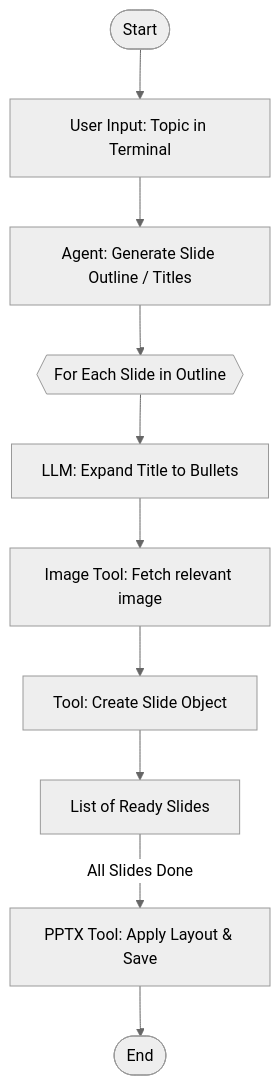
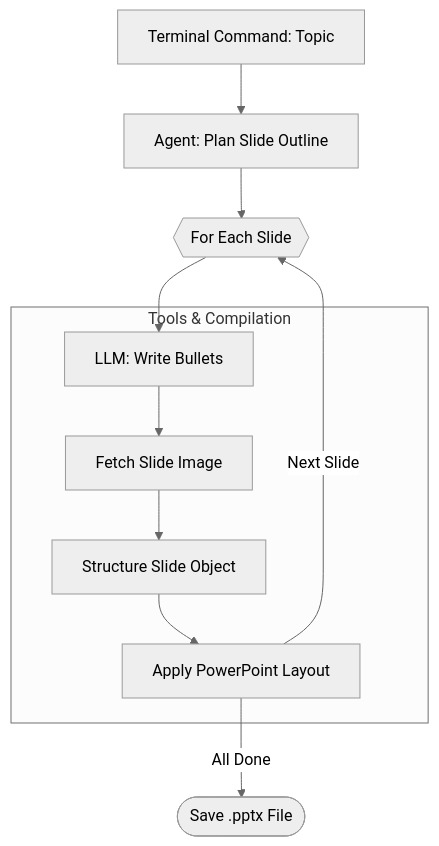
The diagram in README.md (harsh-0409/ppt_agent), drawn with Mermaid (neutral theme) before and after one commit. The commit also changed other lines of this file, not shown here.

````diff
--- a/README.md
+++ b/README.md
@@ -71,19 +68,18 @@
 ```mermaid
 flowchart TD
-    Start([Start])
-    Input[User Input: Topic in Terminal]
-    Plan[Agent: Generate Slide Outline / Titles]
-    loopStart{{For Each Slide in Outline}}
-    Expand[LLM: Expand Title to Bullets]
-    Images[Image Tool: Fetch relevant image]
-    Structure[Tool: Create Slide Object]
-    Compile[List of Ready Slides]
-    Builder[PPTX Tool: Apply Layout & Save]
-    End([End])
-
-    Start --> Input --> Plan --> loopStart
+    Input[Terminal Command: Topic] --> Plan[Agent: Plan Slide Outline]
+    Plan --> loopStart{{For Each Slide}}
+    
+    subgraph tools.py [Tools & Compilation]
+        Expand[LLM: Write Bullets]
+        Images[Fetch Slide Image]
+        Structure[Structure Slide Object]
+        Compile[Apply PowerPoint Layout]
+    end
+    
     loopStart --> Expand --> Images --> Structure
     Structure --> Compile
-    Compile -- All Slides Done --> Builder
-    Builder --> End
+    Compile -- Next Slide --> loopStart
+    
+    Compile -- All Done --> Output([Save .pptx File])
 ```
````
